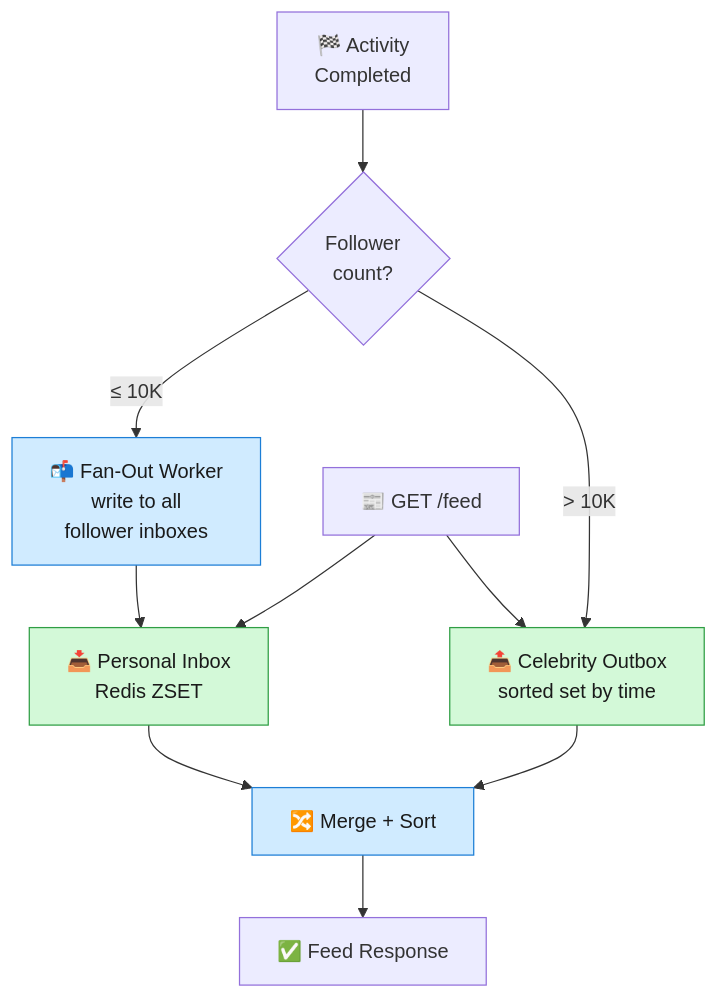
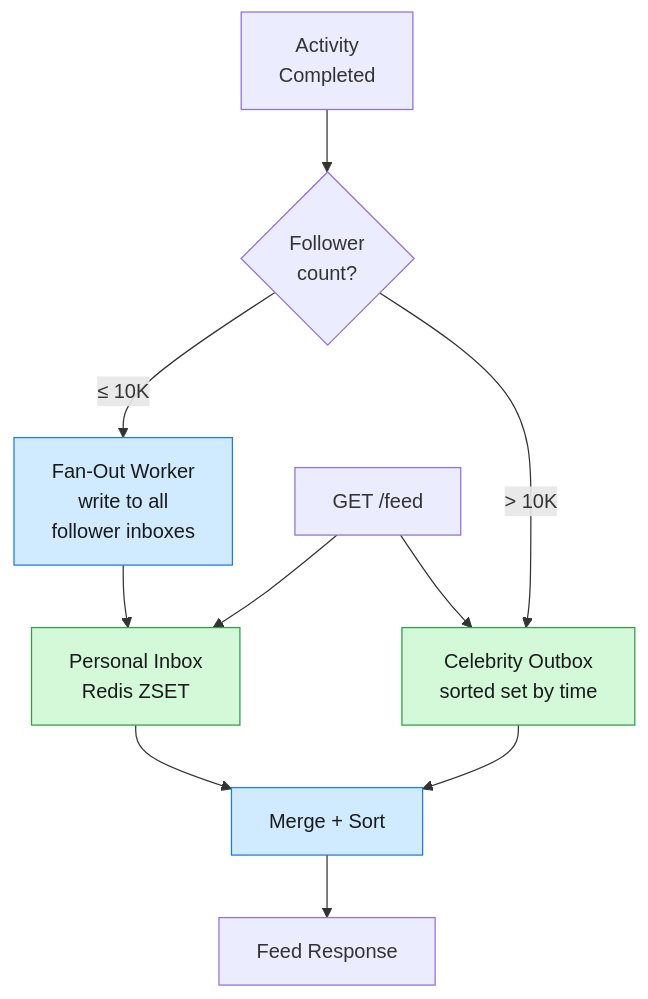
Before and after one commit to iliazlobin/iliazlobin.github.io: the fourth of 4 diagrams in _posts/2026-06-28-strava-system-design.md, drawn with Mermaid. The commit also changed other lines of this file and 1 other file, not shown here.

First line of the commit message:
fix: normalize Jekyll markdown so Mermaid diagrams render (#22)

````diff
--- a/_posts/2026-06-28-strava-system-design.md
+++ b/_posts/2026-06-28-strava-system-design.md
@@ -426,28 +404,26 @@
 ```mermaid
-
 graph TB
-    Complete["🏁 Activity<br/>Completed"]
+    Complete["Activity<br/>Completed"]
     FollowerCheck{"Follower<br/>count?"}
-    FanOut["📬 Fan-Out Worker<br/>write to all<br/>follower inboxes"]
-    Outbox["📤 Celebrity Outbox<br/>sorted set by time"]
-    FeedRead["📰 GET /feed"]
-    Inbox["📥 Personal Inbox<br/>Redis ZSET"]
-    Merge["🔀 Merge + Sort"]
-    Response["✅ Feed Response"]
+    FanOut["Fan-Out Worker<br/>write to all<br/>follower inboxes"]
+    Outbox["Celebrity Outbox<br/>sorted set by time"]
+    FeedRead["GET /feed"]
+    Inbox["Personal Inbox<br/>Redis ZSET"]
+    Merge["Merge + Sort"]
+    Response["Feed Response"]
 
     Complete --> FollowerCheck
     FollowerCheck -->|≤ 10K| FanOut
     FanOut --> Inbox
     FollowerCheck -->|> 10K| Outbox
     FeedRead --> Inbox
     FeedRead --> Outbox
     Inbox --> Merge
     Outbox --> Merge
     Merge --> Response
 
     classDef svc fill:#d0ebff,stroke:#1c7ed6,color:#1a1a1a;
     classDef store fill:#d3f9d8,stroke:#2f9e44,color:#1a1a1a;
     class FanOut,Merge svc;
     class Inbox,Outbox store;
-
 ```
````
